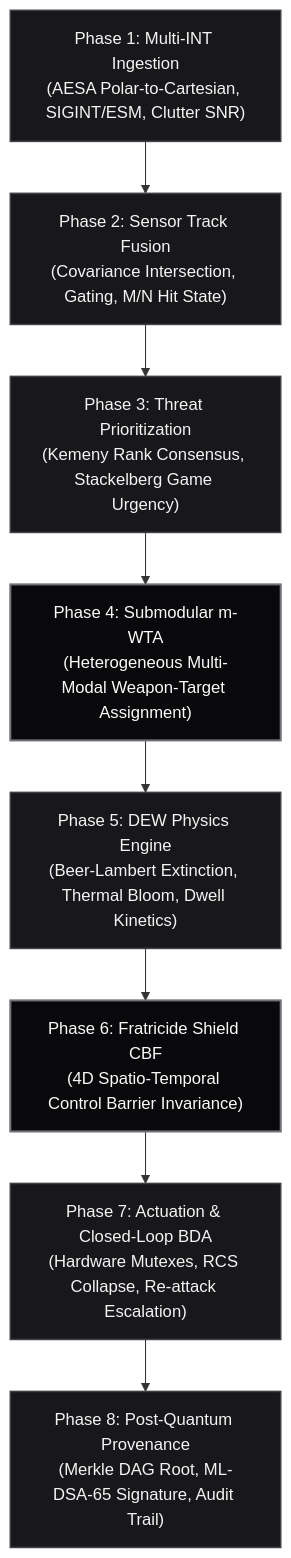
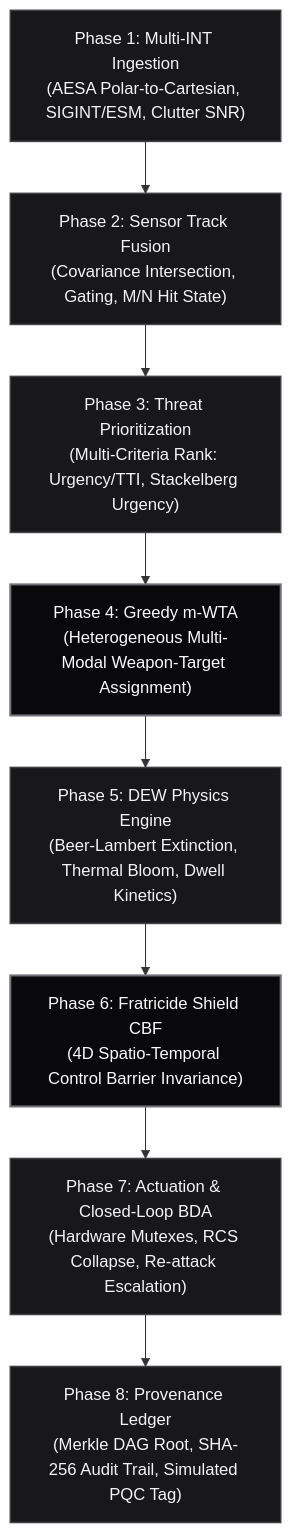
Before and after one commit to AAH20/apex-hivemind: the diagram in README.md, drawn with Mermaid. The commit also changed other lines of this file and 2 other files, not shown here.

````diff
--- a/README.md
+++ b/README.md
@@ -24,13 +25,13 @@
 ```mermaid
 flowchart TD
     classDef phaseBox fill:#18181b,stroke:#3f3f46,stroke-width:1.5px,color:#f4f4f5;
     classDef highlightBox fill:#09090b,stroke:#71717a,stroke-width:2px,color:#fafafa;
 
     P1["Phase 1: Multi-INT Ingestion<br/>(AESA Polar-to-Cartesian, SIGINT/ESM, Clutter SNR)"]:::phaseBox --> P2["Phase 2: Sensor Track Fusion<br/>(Covariance Intersection, Gating, M/N Hit State)"]:::phaseBox
-    P2 --> P3["Phase 3: Threat Prioritization<br/>(Kemeny Rank Consensus, Stackelberg Game Urgency)"]:::phaseBox
-    P3 --> P4["Phase 4: Submodular m-WTA<br/>(Heterogeneous Multi-Modal Weapon-Target Assignment)"]:::highlightBox
+    P2 --> P3["Phase 3: Threat Prioritization<br/>(Multi-Criteria Rank: Urgency/TTI, Stackelberg Urgency)"]:::phaseBox
+    P3 --> P4["Phase 4: Greedy m-WTA<br/>(Heterogeneous Multi-Modal Weapon-Target Assignment)"]:::highlightBox
     P4 --> P5["Phase 5: DEW Physics Engine<br/>(Beer-Lambert Extinction, Thermal Bloom, Dwell Kinetics)"]:::phaseBox
     P5 --> P6["Phase 6: Fratricide Shield CBF<br/>(4D Spatio-Temporal Control Barrier Invariance)"]:::highlightBox
     P6 --> P7["Phase 7: Actuation & Closed-Loop BDA<br/>(Hardware Mutexes, RCS Collapse, Re-attack Escalation)"]:::phaseBox
-    P7 --> P8["Phase 8: Post-Quantum Provenance<br/>(Merkle DAG Root, ML-DSA-65 Signature, Audit Trail)"]:::phaseBox
+    P7 --> P8["Phase 8: Provenance Ledger<br/>(Merkle DAG Root, SHA-256 Audit Trail, Simulated PQC Tag)"]:::phaseBox
 ```
````
